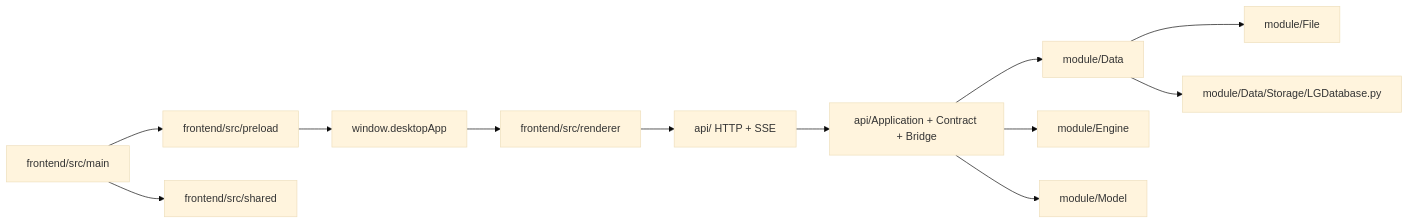
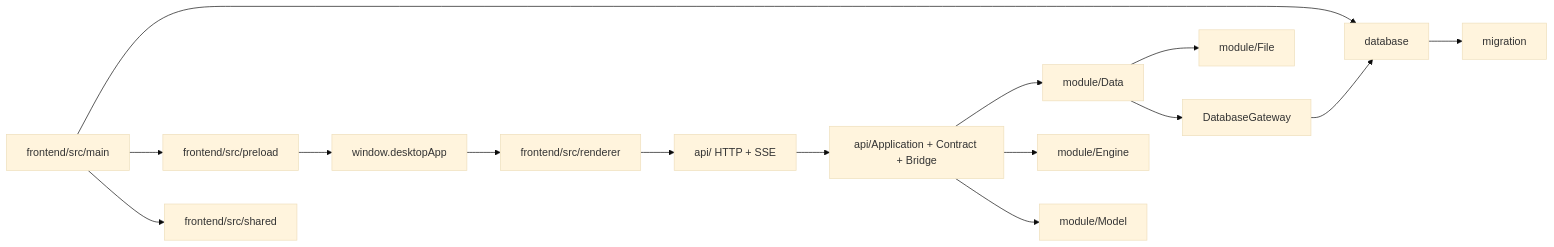
Before and after one commit to neavo/LinguaGacha: the first of 3 diagrams in docs/ARCHITECTURE.md, drawn with Mermaid (base theme). The commit also changed other lines of this file and 64 other files, not shown here.

````diff
--- a/docs/ARCHITECTURE.md
+++ b/docs/ARCHITECTURE.md
@@ -8,14 +8,17 @@
 ```mermaid
 flowchart LR
-    A["frontend/src/main"] --> B["frontend/src/preload"]
+    A["frontend/src/main"] --> M["database"]
+    M --> N["migration"]
+    A --> B["frontend/src/preload"]
     A --> C["frontend/src/shared"]
     B --> D["window.desktopApp"]
     D --> E["frontend/src/renderer"]
     E --> F["api/ HTTP + SSE"]
     F --> G["api/Application + Contract + Bridge"]
     G --> H["module/Data"]
     G --> I["module/Engine"]
     H --> J["module/File"]
     G --> K["module/Model"]
-    H --> L["module/Data/Storage/LGDatabase.py"]
+    H --> L["DatabaseGateway"]
+    L --> M
 ```
````
